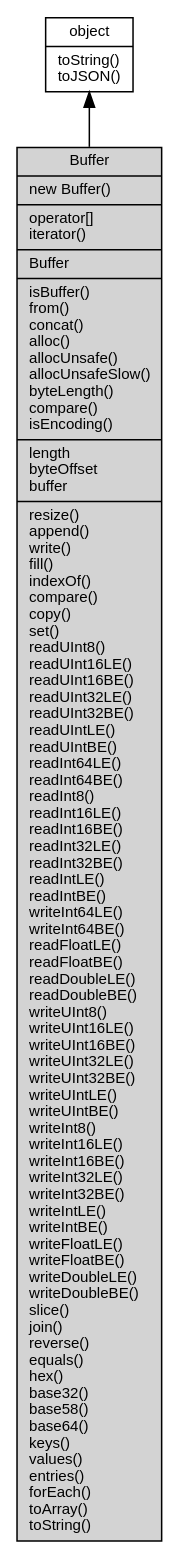
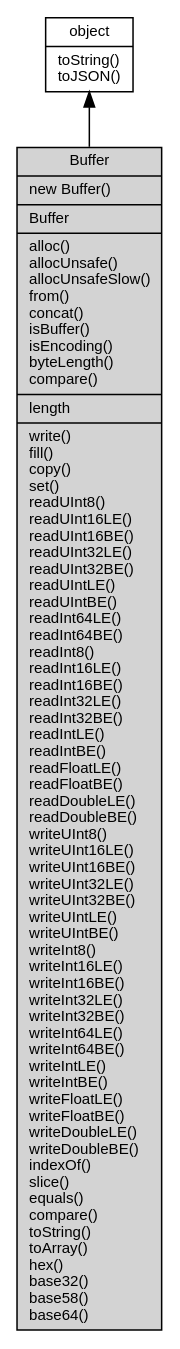
The diagram in docs/manual/object/ifs/Buffer.md (fibjs/fibjs.org), drawn with Graphviz before and after one commit. The commit also changed other lines of this file and 41 other files, not shown here.

````diff
--- a/docs/manual/object/ifs/Buffer.md
+++ b/docs/manual/object/ifs/Buffer.md
@@ -11,10 +11,10 @@
 ```dot
 digraph {
     node [fontname="Helvetica,sans-Serif", fontsize=10, shape="record", style="filled", fillcolor="white"];
 
     object [tooltip="object", URL="object.md", label="{object|toString()\ltoJSON()\l}"];
-    Buffer [tooltip="Buffer", fillcolor="lightgray", id="me", label="{Buffer|new Buffer()\l|operator[]\literator()\l|Buffer\l|isBuffer()\lfrom()\lconcat()\lalloc()\lallocUnsafe()\lallocUnsafeSlow()\lbyteLength()\lcompare()\lisEncoding()\l|length\lbyteOffset\lbuffer\l|resize()\lappend()\lwrite()\lfill()\lindexOf()\lcompare()\lcopy()\lset()\lreadUInt8()\lreadUInt16LE()\lreadUInt16BE()\lreadUInt32LE()\lreadUInt32BE()\lreadUIntLE()\lreadUIntBE()\lreadInt64LE()\lreadInt64BE()\lreadInt8()\lreadInt16LE()\lreadInt16BE()\lreadInt32LE()\lreadInt32BE()\lreadIntLE()\lreadIntBE()\lwriteInt64LE()\lwriteInt64BE()\lreadFloatLE()\lreadFloatBE()\lreadDoubleLE()\lreadDoubleBE()\lwriteUInt8()\lwriteUInt16LE()\lwriteUInt16BE()\lwriteUInt32LE()\lwriteUInt32BE()\lwriteUIntLE()\lwriteUIntBE()\lwriteInt8()\lwriteInt16LE()\lwriteInt16BE()\lwriteInt32LE()\lwriteInt32BE()\lwriteIntLE()\lwriteIntBE()\lwriteFloatLE()\lwriteFloatBE()\lwriteDoubleLE()\lwriteDoubleBE()\lslice()\ljoin()\lreverse()\lequals()\lhex()\lbase32()\lbase58()\lbase64()\lkeys()\lvalues()\lentries()\lforEach()\ltoArray()\ltoString()\l}"];
+    Buffer [tooltip="Buffer", fillcolor="lightgray", id="me", label="{Buffer|new Buffer()\l|Buffer\l|alloc()\lallocUnsafe()\lallocUnsafeSlow()\lfrom()\lconcat()\lisBuffer()\lisEncoding()\lbyteLength()\lcompare()\l|length\l|write()\lfill()\lcopy()\lset()\lreadUInt8()\lreadUInt16LE()\lreadUInt16BE()\lreadUInt32LE()\lreadUInt32BE()\lreadUIntLE()\lreadUIntBE()\lreadInt64LE()\lreadInt64BE()\lreadInt8()\lreadInt16LE()\lreadInt16BE()\lreadInt32LE()\lreadInt32BE()\lreadIntLE()\lreadIntBE()\lreadFloatLE()\lreadFloatBE()\lreadDoubleLE()\lreadDoubleBE()\lwriteUInt8()\lwriteUInt16LE()\lwriteUInt16BE()\lwriteUInt32LE()\lwriteUInt32BE()\lwriteUIntLE()\lwriteUIntBE()\lwriteInt8()\lwriteInt16LE()\lwriteInt16BE()\lwriteInt32LE()\lwriteInt32BE()\lwriteInt64LE()\lwriteInt64BE()\lwriteIntLE()\lwriteIntBE()\lwriteFloatLE()\lwriteFloatBE()\lwriteDoubleLE()\lwriteDoubleBE()\lindexOf()\lslice()\lequals()\lcompare()\ltoString()\ltoArray()\lhex()\lbase32()\lbase58()\lbase64()\l}"];
 
     object -> Buffer [dir=back];
 }
 ```
````
